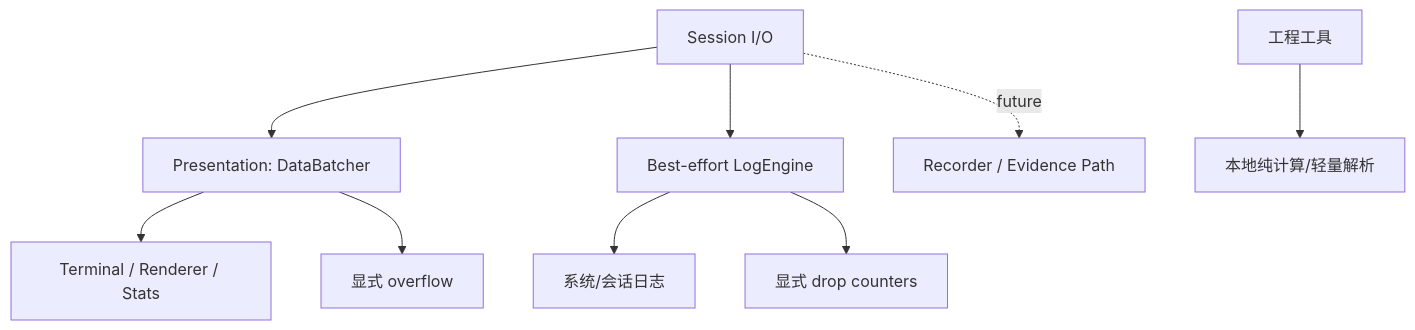
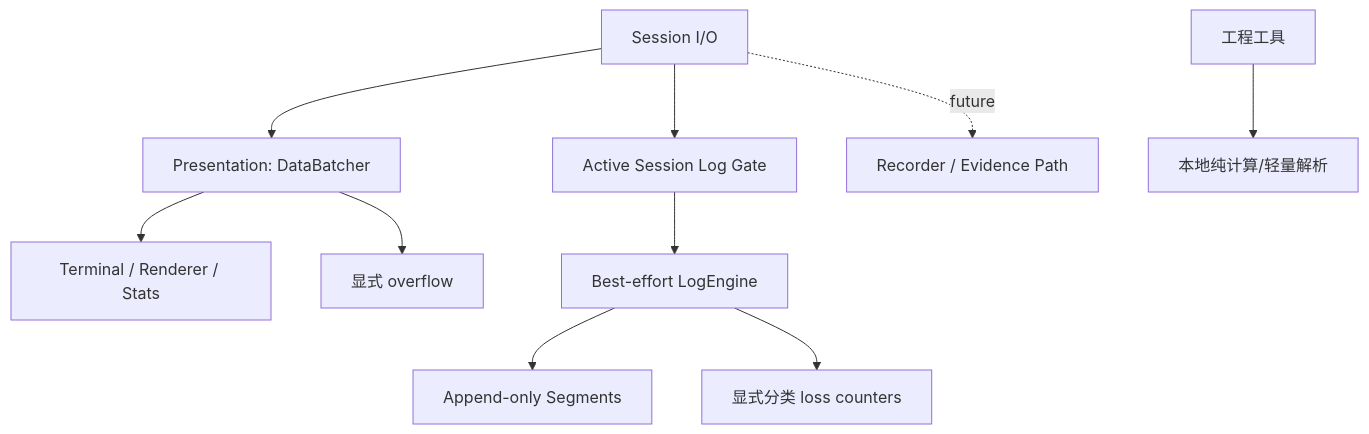
One commit to hamburger-os/TauTerm changed the diagram in docs/modules/OBSERVABILITY_TOOLS.md. Above: the diagram before and after it, drawn with Mermaid. The commit also changed other lines of this file and 5 other files, not shown here.

````diff
--- a/docs/modules/OBSERVABILITY_TOOLS.md
+++ b/docs/modules/OBSERVABILITY_TOOLS.md
@@ -91,11 +122,12 @@
 ```mermaid
 flowchart TB
   IO["Session I/O"] --> Batch["Presentation: DataBatcher"]
   Batch --> UI["Terminal / Renderer / Stats"]
   Batch --> Loss["显式 overflow"]
-  IO --> Log["Best-effort LogEngine"]
-  Log --> Files["系统/会话日志"]
-  Log --> LogLoss["显式 drop counters"]
+  IO --> Gate["Active Session Log Gate"]
+  Gate --> Log["Best-effort LogEngine"]
+  Log --> Files["Append-only Segments"]
+  Log --> LogLoss["显式分类 loss counters"]
   IO -. future .-> Evidence["Recorder / Evidence Path"]
   Tools["工程工具"] --> Local["本地纯计算/轻量解析"]
 ```
````
